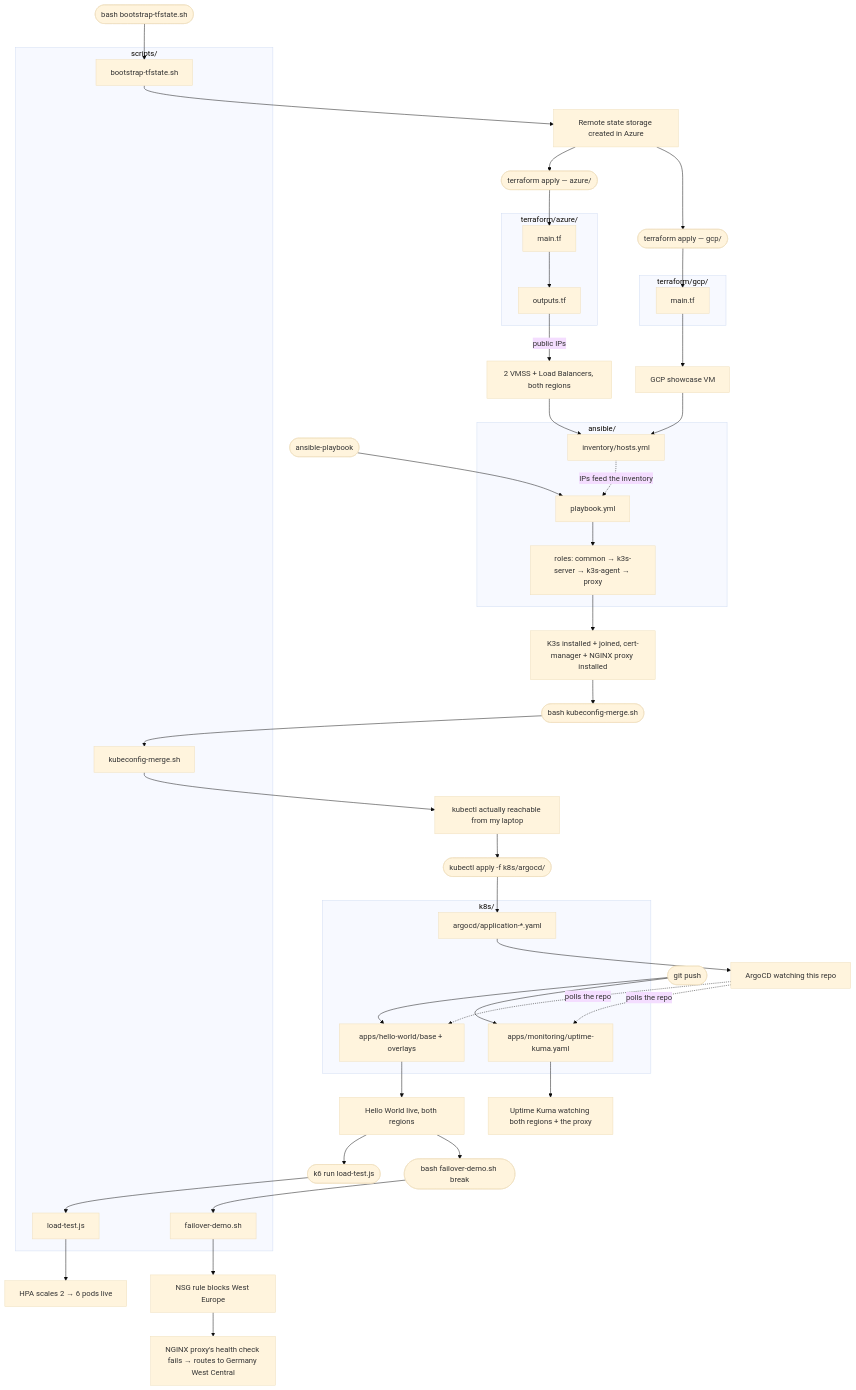
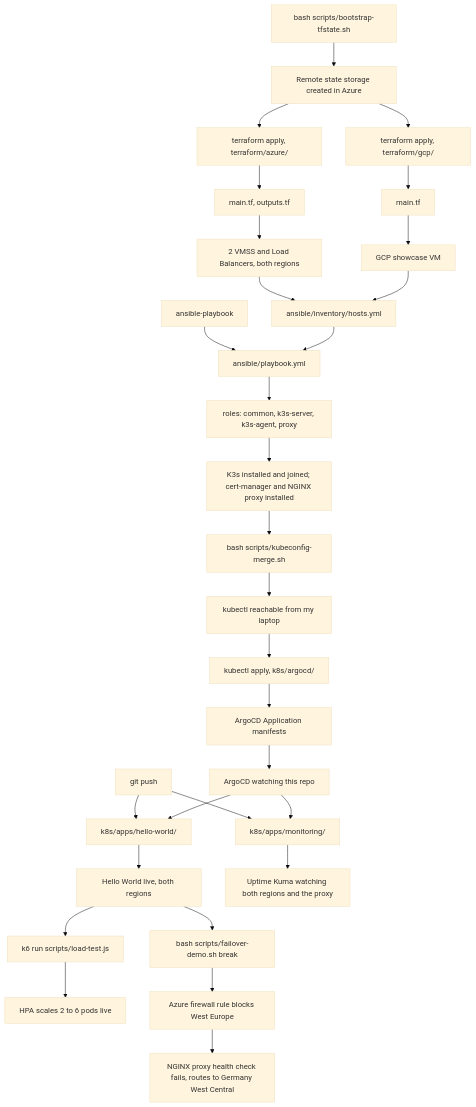
One commit to Dennis4507/cloud-native-ha-platform changed the diagram in README.md. Above: the diagram before and after it, drawn with Mermaid (base theme). The commit also changed other lines of this file, not shown here.

Commit message:
Scaffold Mermaid Diagram rebuild

````diff
--- a/README.md
+++ b/README.md
@@ -31,61 +30,40 @@
 ```mermaid
 flowchart TD
-    subgraph BOOT["scripts/"]
-        B1[bootstrap-tfstate.sh]
-        B2[kubeconfig-merge.sh]
-        B3[load-test.js]
-        B4[failover-demo.sh]
-    end
-    subgraph TFAZ["terraform/azure/"]
-        TFAZ1[main.tf]
-        TFAZ2[outputs.tf]
-    end
-    subgraph TFGCP["terraform/gcp/"]
-        TFGCP1[main.tf]
-    end
-    subgraph ANS["ansible/"]
-        A1[inventory/hosts.yml]
-        A2[playbook.yml]
-        A3["roles: common → k3s-server → k3s-agent → proxy"]
-    end
-    subgraph K8S["k8s/"]
-        K1[argocd/application-*.yaml]
-        K2["apps/hello-world/base + overlays"]
-        K3[apps/monitoring/uptime-kuma.yaml]
-    end
+    CMD0["bash scripts/bootstrap-tfstate.sh"] --> OUT0["Remote state storage created in Azure"]
 
-    CMD0(["bash bootstrap-tfstate.sh"]) --> B1 --> OUT0[Remote state storage created in Azure]
+    OUT0 --> CMD1["terraform apply, terraform/azure/"]
+    CMD1 --> TFAZ["main.tf, outputs.tf"]
+    TFAZ --> OUT1["2 VMSS and Load Balancers, both regions"]
 
-    OUT0 --> CMD1(["terraform apply — azure/"])
-    CMD1 --> TFAZ1 --> TFAZ2
-    TFAZ2 -->|"public IPs"| OUT1[2 VMSS + Load Balancers, both regions]
+    OUT0 --> CMD2["terraform apply, terraform/gcp/"]
+    CMD2 --> TFGCP["main.tf"]
+    TFGCP --> OUT2["GCP showcase VM"]
 
-    OUT0 --> CMD2(["terraform apply — gcp/"])
-    CMD2 --> TFGCP1 --> OUT2[GCP showcase VM]
+    OUT1 --> A1["ansible/inventory/hosts.yml"]
+    OUT2 --> A1
+    CMD3["ansible-playbook"] --> A2["ansible/playbook.yml"]
+    A1 --> A2
+    A2 --> A3["roles: common, k3s-server, k3s-agent, proxy"]
+    A3 --> OUT3["K3s installed and joined; cert-manager and NGINX proxy installed"]
 
-    OUT1 --> A1
-    OUT2 --> A1
-    CMD3(["ansible-playbook"]) --> A2 --> A3
-    A1 -.->|"IPs feed the inventory"| A2
-    A3 --> OUT3["K3s installed + joined, cert-manager + NGINX proxy installed"]
+    OUT3 --> CMD3b["bash scripts/kubeconfig-merge.sh"]
+    CMD3b --> OUT3b["kubectl reachable from my laptop"]
 
-    OUT3 --> CMD3b(["bash kubeconfig-merge.sh"])
-    CMD3b --> B2 --> OUT3b["kubectl actually reachable from my laptop"]
+    OUT3b --> CMD4["kubectl apply, k8s/argocd/"]
+    CMD4 --> K1["ArgoCD Application manifests"]
+    K1 --> OUT4["ArgoCD watching this repo"]
 
-    OUT3b --> CMD4(["kubectl apply -f k8s/argocd/"])
-    CMD4 --> K1 --> OUT4[ArgoCD watching this repo]
+    CMD5["git push"] --> K2["k8s/apps/hello-world/"]
+    CMD5 --> K3["k8s/apps/monitoring/"]
+    OUT4 --> K2
+    OUT4 --> K3
+    K2 --> OUT5["Hello World live, both regions"]
+    K3 --> OUT5b["Uptime Kuma watching both regions and the proxy"]
 
-    CMD5(["git push"]) --> K2
-    CMD5 --> K3
-    OUT4 -.->|"polls the repo"| K2
-    OUT4 -.->|"polls the repo"| K3
-    K2 --> OUT5[Hello World live, both regions]
-    K3 --> OUT5b[Uptime Kuma watching both regions + the proxy]
+    OUT5 --> CMD6a["k6 run scripts/load-test.js"]
+    CMD6a --> OUT6a["HPA scales 2 to 6 pods live"]
 
-    OUT5 --> CMD6a(["k6 run load-test.js"])
-    CMD6a --> B3 --> OUT6a["HPA scales 2 → 6 pods live"]
-
-    OUT5 --> CMD6b(["bash failover-demo.sh break"])
-    CMD6b --> B4 --> OUT6b[NSG rule blocks West Europe]
-    OUT6b --> OUT7["NGINX proxy's health check fails → routes to Germany West Central"]
+    OUT5 --> CMD6b["bash scripts/failover-demo.sh break"]
+    CMD6b --> OUT6b["Azure firewall rule blocks West Europe"]
+    OUT6b --> OUT7["NGINX proxy health check fails, routes to Germany West Central"]
 ```
````
